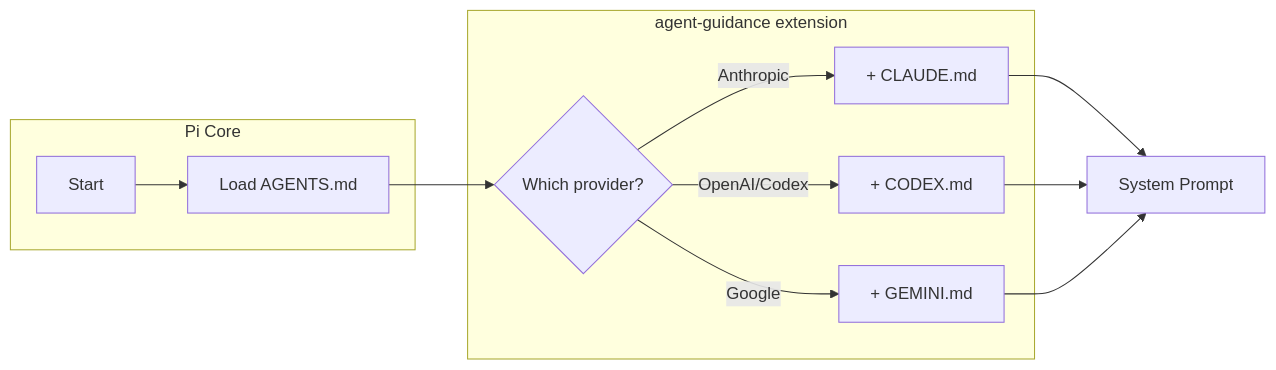
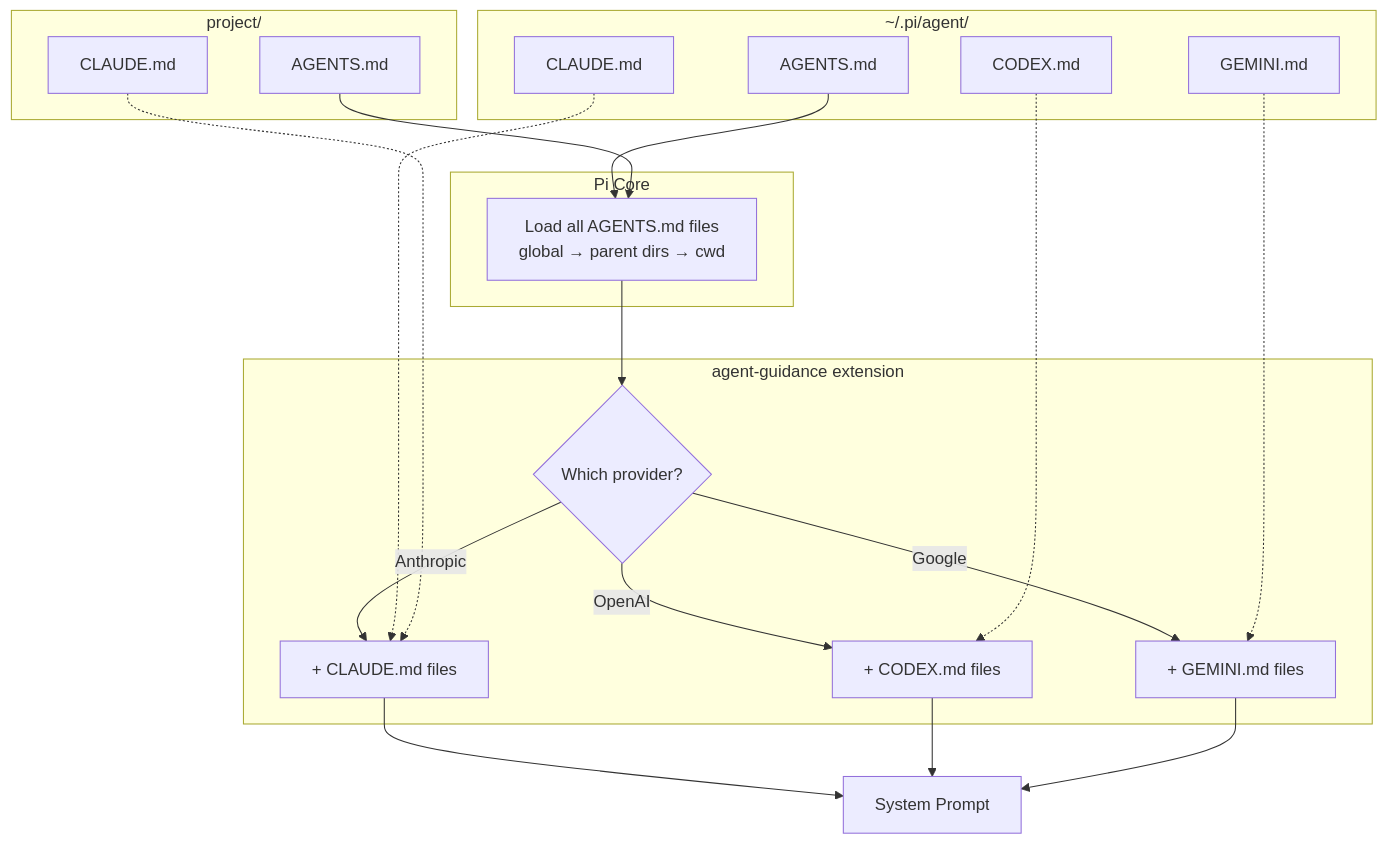
The diagram in agent-guidance/README.md (tmustier/pi-extensions), drawn with Mermaid before and after one commit. The commit also changed other lines of this file, not shown here.

Commit message:
Update diagram to show full context file hierarchy
Shows global + project level files, and how extension adds
provider-specific files at each level

````diff
--- a/agent-guidance/README.md
+++ b/agent-guidance/README.md
@@ -7,17 +7,42 @@
 ```mermaid
-flowchart LR
-    subgraph Pi Core
-        A[Start] --> B[Load AGENTS.md]
+flowchart TB
+    subgraph Global ["~/.pi/agent/"]
+        G_AGENTS[AGENTS.md]
+        G_CLAUDE[CLAUDE.md]
+        G_CODEX[CODEX.md]
+        G_GEMINI[GEMINI.md]
     end
     
-    subgraph agent-guidance extension
-        B --> C{Which provider?}
-        C -->|Anthropic| D[+ CLAUDE.md]
-        C -->|OpenAI/Codex| E[+ CODEX.md]
-        C -->|Google| F[+ GEMINI.md]
+    subgraph Repo ["project/"]
+        R_AGENTS[AGENTS.md]
+        R_CLAUDE[CLAUDE.md]
     end
     
-    D --> G[System Prompt]
-    E --> G
-    F --> G
+    subgraph Core ["Pi Core"]
+        LOAD[Load all AGENTS.md files<br/>global → parent dirs → cwd]
+    end
+    
+    subgraph Ext ["agent-guidance extension"]
+        CHECK{Which provider?}
+        ADD_C[+ CLAUDE.md files]
+        ADD_X[+ CODEX.md files]
+        ADD_G[+ GEMINI.md files]
+    end
+    
+    G_AGENTS --> LOAD
+    R_AGENTS --> LOAD
+    LOAD --> CHECK
+    
+    CHECK -->|Anthropic| ADD_C
+    CHECK -->|OpenAI| ADD_X
+    CHECK -->|Google| ADD_G
+    
+    G_CLAUDE -.-> ADD_C
+    R_CLAUDE -.-> ADD_C
+    G_CODEX -.-> ADD_X
+    G_GEMINI -.-> ADD_G
+    
+    ADD_C --> PROMPT[System Prompt]
+    ADD_X --> PROMPT
+    ADD_G --> PROMPT
 ```
````
